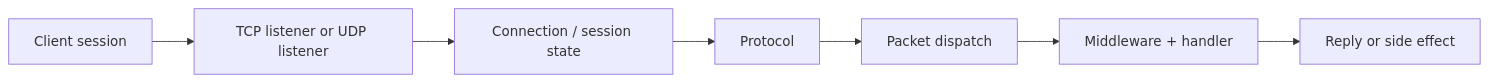
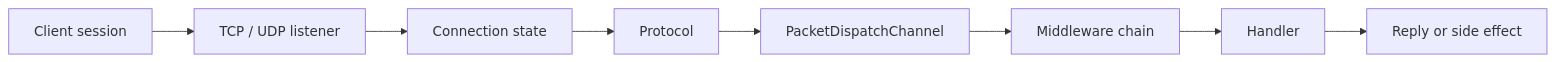
The first of 2 diagrams in docs/concepts/real-time.md (ppn-systems/Nalix), drawn with Mermaid before and after one commit. The commit also changed other lines of this file and 75 other files, not shown here.

````diff
--- a/docs/concepts/real-time.md
+++ b/docs/concepts/real-time.md
@@ -15,9 +7,10 @@
 ```mermaid
 flowchart LR
-    A["Client session"] --> B["TCP listener or UDP listener"]
-    B --> C["Connection / session state"]
+    A["Client session"] --> B["TCP / UDP listener"]
+    B --> C["Connection state"]
     C --> D["Protocol"]
-    D --> E["Packet dispatch"]
-    E --> F["Middleware + handler"]
-    F --> G["Reply or side effect"]
+    D --> E["PacketDispatchChannel"]
+    E --> F["Middleware chain"]
+    F --> G["Handler"]
+    G --> H["Reply or side effect"]
 ```
````
